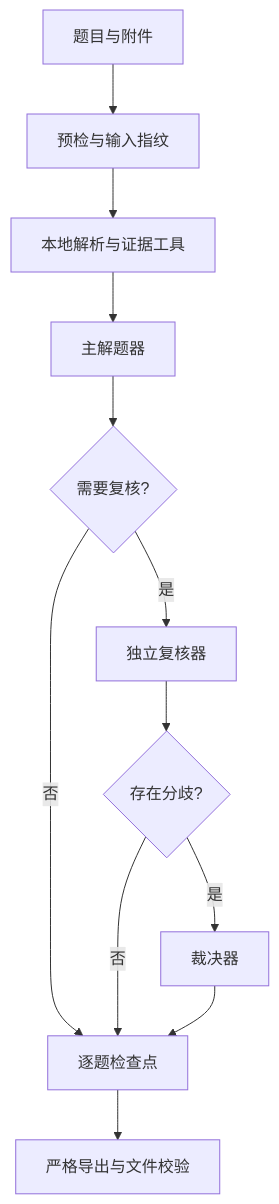
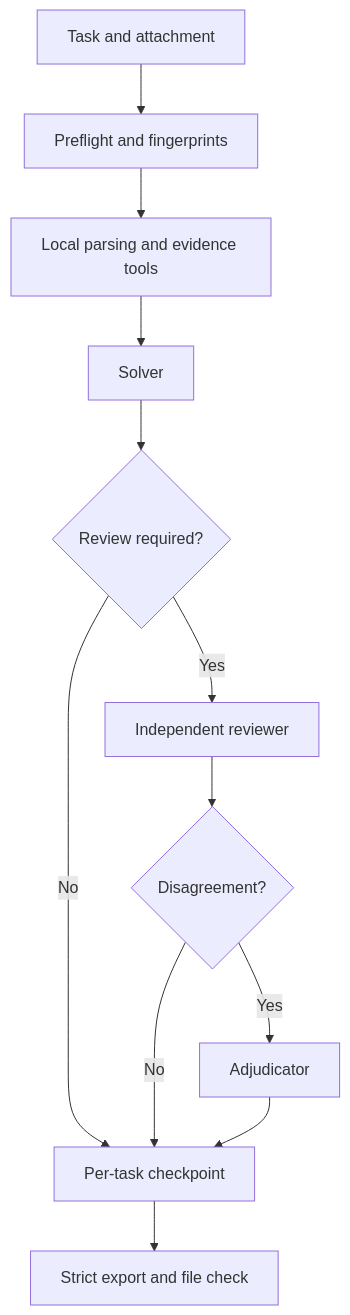
Before and after one commit to CloudYume/Agent4GAIA: the diagram in README.md, drawn with Mermaid. The commit also changed other lines of this file and 11 other files, not shown here.

````diff
--- a/README.md
+++ b/README.md
@@ -85,14 +85,14 @@
 ```mermaid
 flowchart TD
-    A[题目与附件] --> B[预检与输入指纹]
-    B --> C[本地解析与证据工具]
-    C --> D[主解题器]
-    D --> E{需要复核?}
-    E -- 否 --> H[逐题检查点]
-    E -- 是 --> F[独立复核器]
-    F --> G{存在分歧?}
-    G -- 否 --> H
-    G -- 是 --> J[裁决器]
+    A[Task and attachment] --> B[Preflight and fingerprints]
+    B --> C[Local parsing and evidence tools]
+    C --> D[Solver]
+    D --> E{Review required?}
+    E -- No --> H[Per-task checkpoint]
+    E -- Yes --> F[Independent reviewer]
+    F --> G{Disagreement?}
+    G -- No --> H
+    G -- Yes --> J[Adjudicator]
     J --> H
-    H --> I[严格导出与文件校验]
+    H --> I[Strict export and file check]
 ```
````
